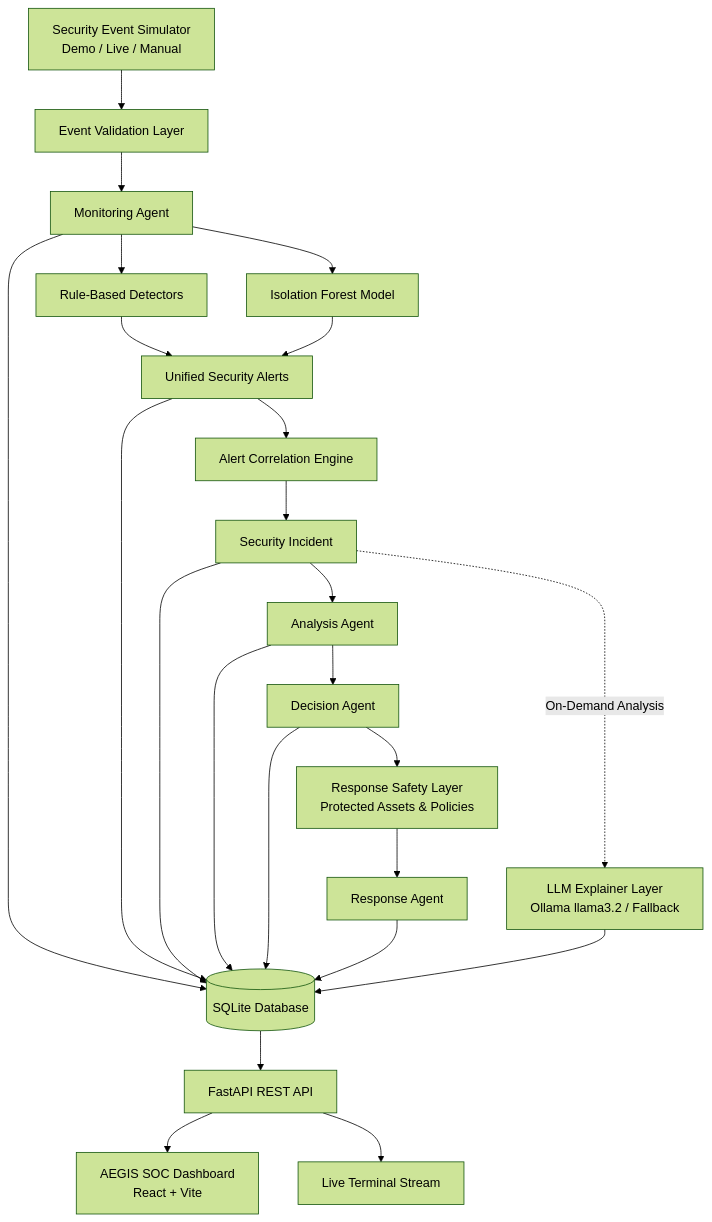
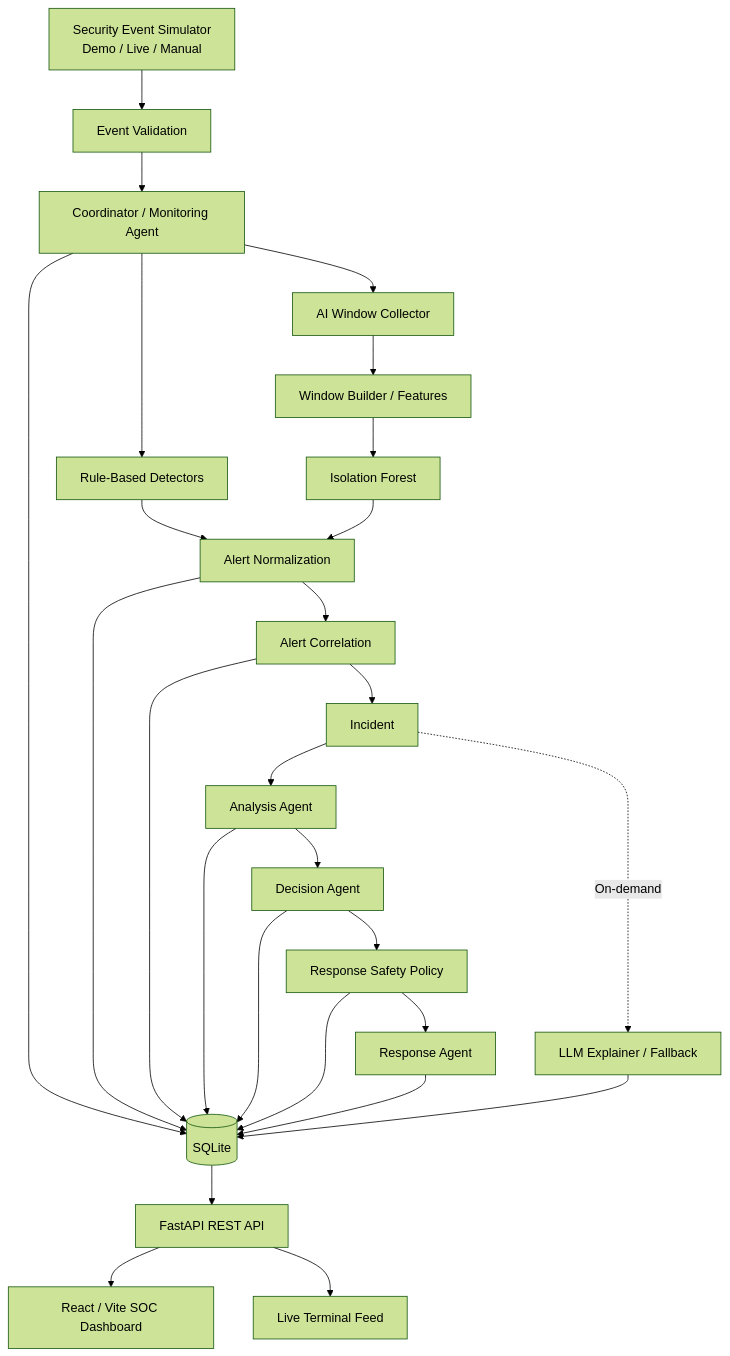
One commit to vasanthvaka/AI-Cyber-Defense-Simulator changed the diagram in README.md. Above: the diagram before and after it, drawn with Mermaid (forest theme). The commit also changed other lines of this file and 10 other files, not shown here.

````diff
--- a/README.md
+++ b/README.md
@@ -56,33 +120,29 @@
 ```mermaid
 flowchart TD
-    A[Security Event Simulator\nDemo / Live / Manual] --> B[Event Validation Layer]
-    B --> C[Monitoring Agent]
-
+    A[Security Event Simulator\nDemo / Live / Manual] --> B[Event Validation]
+    B --> C[Coordinator / Monitoring Agent]
     C --> D[Rule-Based Detectors]
-    C --> E[Isolation Forest Model]
-
-    D --> F[Unified Security Alerts]
-    E --> F
-
-    F --> G[Alert Correlation Engine]
-    G --> H[Security Incident]
-
-    H --> I[Analysis Agent]
-    I --> J[Decision Agent]
-    J --> K[Response Safety Layer\nProtected Assets & Policies]
-    K --> L[Response Agent]
-
-    H -.->|On-Demand Analysis| X[LLM Explainer Layer\nOllama llama3.2 / Fallback]
-
-    C --> M[(SQLite Database)]
-    F --> M
-    H --> M
-    I --> M
-    J --> M
-    L --> M
-    X --> M
-
-    M --> N[FastAPI REST API]
-    N --> O[AEGIS SOC Dashboard\nReact + Vite]
-    N --> P[Live Terminal Stream]
+    C --> E[AI Window Collector]
+    E --> F[Window Builder / Features]
+    F --> G[Isolation Forest]
+    D --> H[Alert Normalization]
+    G --> H
+    H --> I[Alert Correlation]
+    I --> J[Incident]
+    J --> K[Analysis Agent]
+    K --> L[Decision Agent]
+    L --> M[Response Safety Policy]
+    M --> N[Response Agent]
+    J -. On-demand .-> X[LLM Explainer / Fallback]
+    C --> DB[(SQLite)]
+    H --> DB
+    I --> DB
+    K --> DB
+    L --> DB
+    M --> DB
+    N --> DB
+    X --> DB
+    DB --> O[FastAPI REST API]
+    O --> P[React / Vite SOC Dashboard]
+    O --> Q[Live Terminal Feed]
 ```
````
